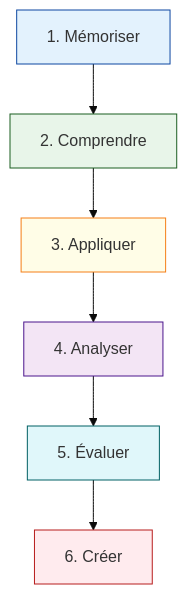
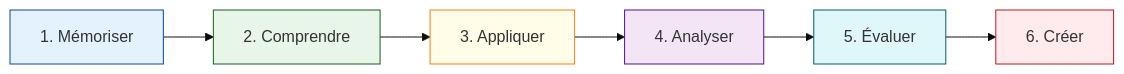
The diagram in DWWM/CP02-MAQUETTAGE/README.md (ARFP/edu-2026), drawn with Mermaid (base theme) before and after one commit. The commit also changed other lines of this file and 2 other files, not shown here.

````diff
--- a/DWWM/CP02-MAQUETTAGE/README.md
+++ b/DWWM/CP02-MAQUETTAGE/README.md
@@ -10,15 +5,14 @@
 ```mermaid
-graph TD
+graph LR
     A1[1. Mémoriser] --> A2[2. Comprendre]
     A2 --> A3[3. Appliquer]
     A3 --> A4[4. Analyser]
     A4 --> A5[5. Évaluer]
     A5 --> A6[6. Créer]
     style A1 fill:#E3F2FD,stroke:#0D47A1
     style A2 fill:#E8F5E9,stroke:#1B5E20
     style A3 fill:#FFFDE7,stroke:#F57F17
     style A4 fill:#F3E5F5,stroke:#4A148C
     style A5 fill:#E0F7FA,stroke:#006064
     style A6 fill:#FFEBEE,stroke:#B71C1C
-
 ```
````
